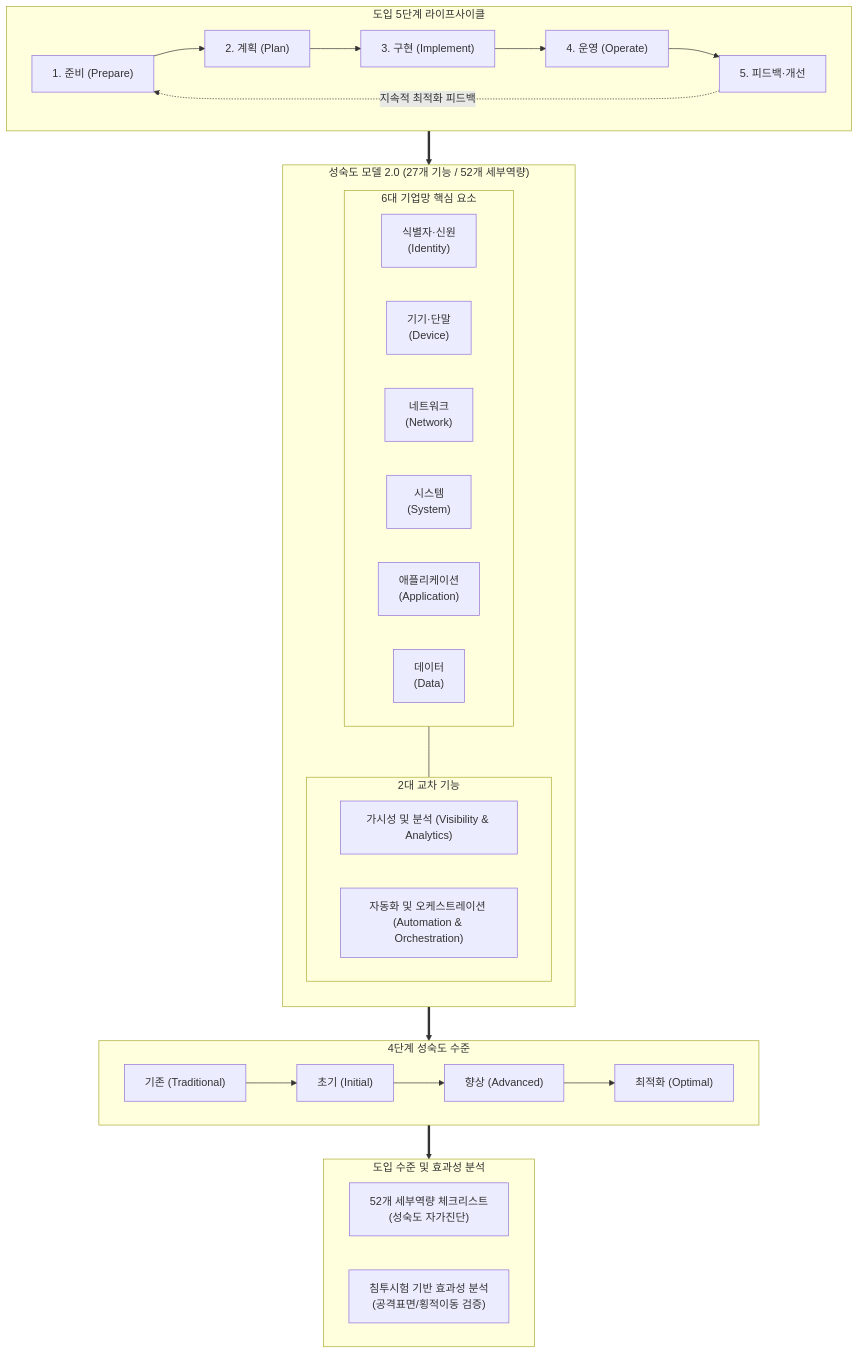
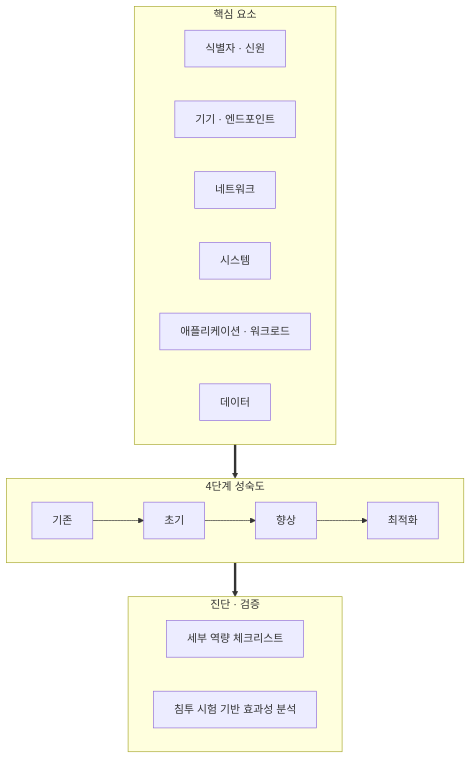
The diagram in content/01_IT Tech/제로트러스트 가이드라인 2.0.md (supremethumb/supremethumb.github.io), drawn with Mermaid before and after one commit. The commit also changed other lines of this file and 1087 other files, not shown here.

````diff
--- a/content/01_IT Tech/제로트러스트 가이드라인 2.0.md
+++ b/content/01_IT Tech/제로트러스트 가이드라인 2.0.md
@@ -29,41 +32,22 @@
 ```mermaid
 flowchart TB
-    subgraph LIFECYCLE ["도입 5단계 라이프사이클"]
+    subgraph PIL["핵심 요소"]
         direction LR
-        P1["1. 준비 (Prepare)"] --> P2["2. 계획 (Plan)"] --> P3["3. 구현 (Implement)"] --> P4["4. 운영 (Operate)"] --> P5["5. 피드백·개선"]
-        P5 -.->|"지속적 최적화 피드백"| P1
+        E1["식별자 · 신원"]
+        E2["기기 · 엔드포인트"]
+        E3["네트워크"]
+        E4["시스템"]
+        E5["애플리케이션 · 워크로드"]
+        E6["데이터"]
     end
-
-    subgraph ARCH ["성숙도 모델 2.0 (27개 기능 / 52개 세부역량)"]
-        direction TB
-        subgraph PILLARS ["6대 기업망 핵심 요소"]
-            E1["식별자·신원<br/>(Identity)"]
-            E2["기기·단말<br/>(Device)"]
-            E3["네트워크<br/>(Network)"]
-            E4["시스템<br/>(System)"]
-            E5["애플리케이션<br/>(Application)"]
-            E6["데이터<br/>(Data)"]
-        end
-        subgraph CROSS ["2대 교차 기능"]
-            C1["가시성 및 분석 (Visibility & Analytics)"]
-            C2["자동화 및 오케스트레이션 (Automation & Orchestration)"]
-        end
-        PILLARS --- CROSS
+    subgraph MAT["4단계 성숙도"]
+        direction LR
+        M1["기존"] --> M2["초기"] --> M3["향상"] --> M4["최적화"]
     end
-
-    subgraph MATURITY ["4단계 성숙도 수준"]
+    subgraph EVAL["진단 · 검증"]
         direction LR
-        M1["기존 (Traditional)"] --> M2["초기 (Initial)"] --> M3["향상 (Advanced)"] --> M4["최적화 (Optimal)"]
+        V1["세부 역량 체크리스트"]
+        V2["침투 시험 기반 효과성 분석"]
     end
-
-    subgraph EVAL ["도입 수준 및 효과성 분석"]
-        direction LR
-        EV1["52개 세부역량 체크리스트<br/>(성숙도 자가진단)"]
-        EV2["침투시험 기반 효과성 분석<br/>(공격표면/횡적이동 검증)"]
-    end
-
-    LIFECYCLE ==> ARCH
-    ARCH ==> MATURITY
-    MATURITY ==> EVAL
-
+    PIL ==> MAT ==> EVAL
 ```
````
